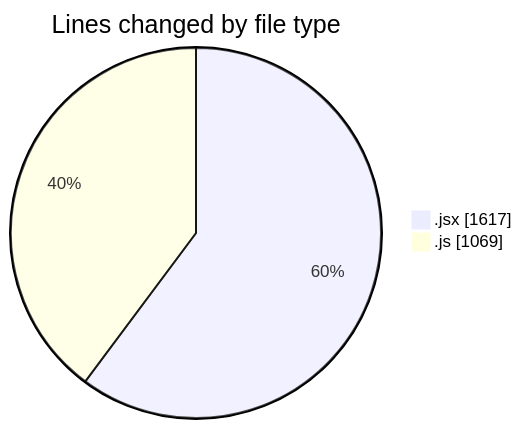
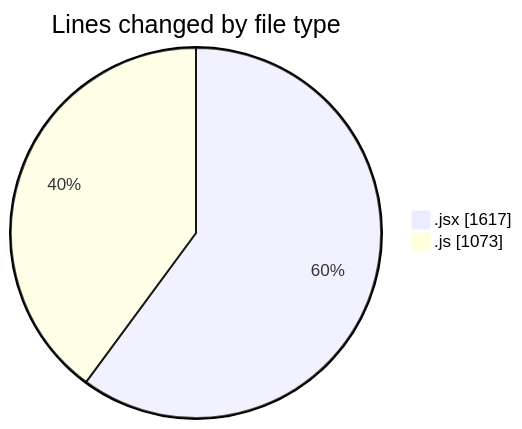
Before and after one commit to nxtqubesakshisongat/code-tracking: the first of 2 diagrams in 2025-06-04/nxtqube_webapp/README.md, drawn with Mermaid. The commit also changed other lines of this file and 1 other file, not shown here.

````diff
--- a/2025-06-04/nxtqube_webapp/README.md
+++ b/2025-06-04/nxtqube_webapp/README.md
@@ -25,6 +25,6 @@
 ```mermaid
 pie showData
 title Lines changed by file type
 ".jsx" : 1617
-".js" : 1069
+".js" : 1073
 ```
````
